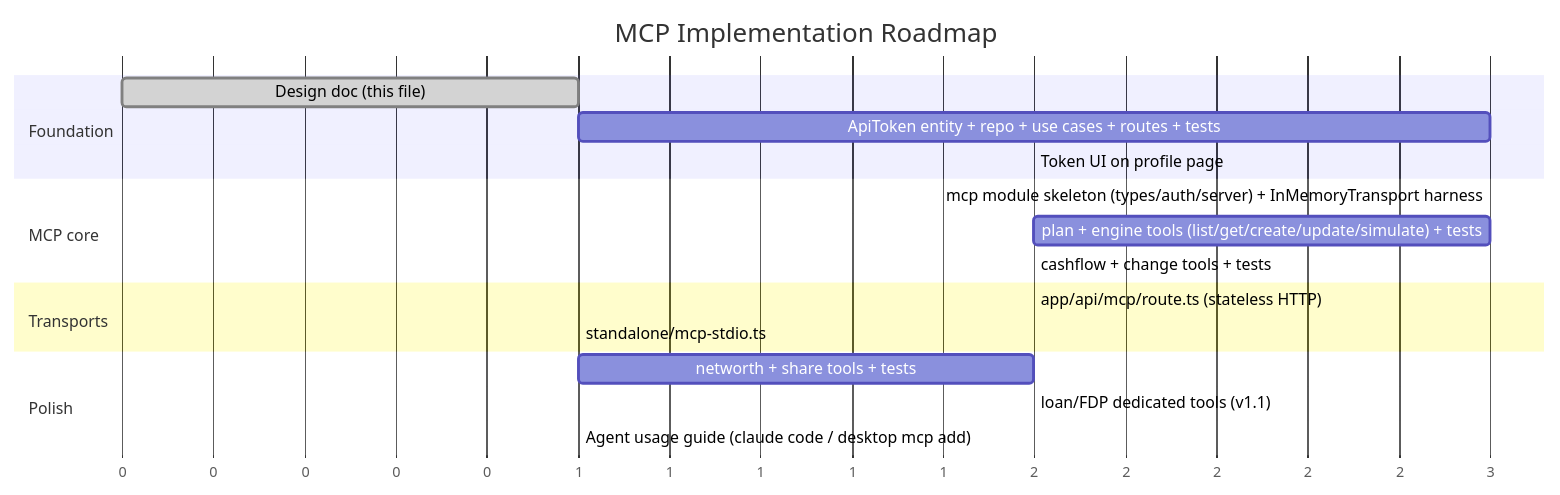
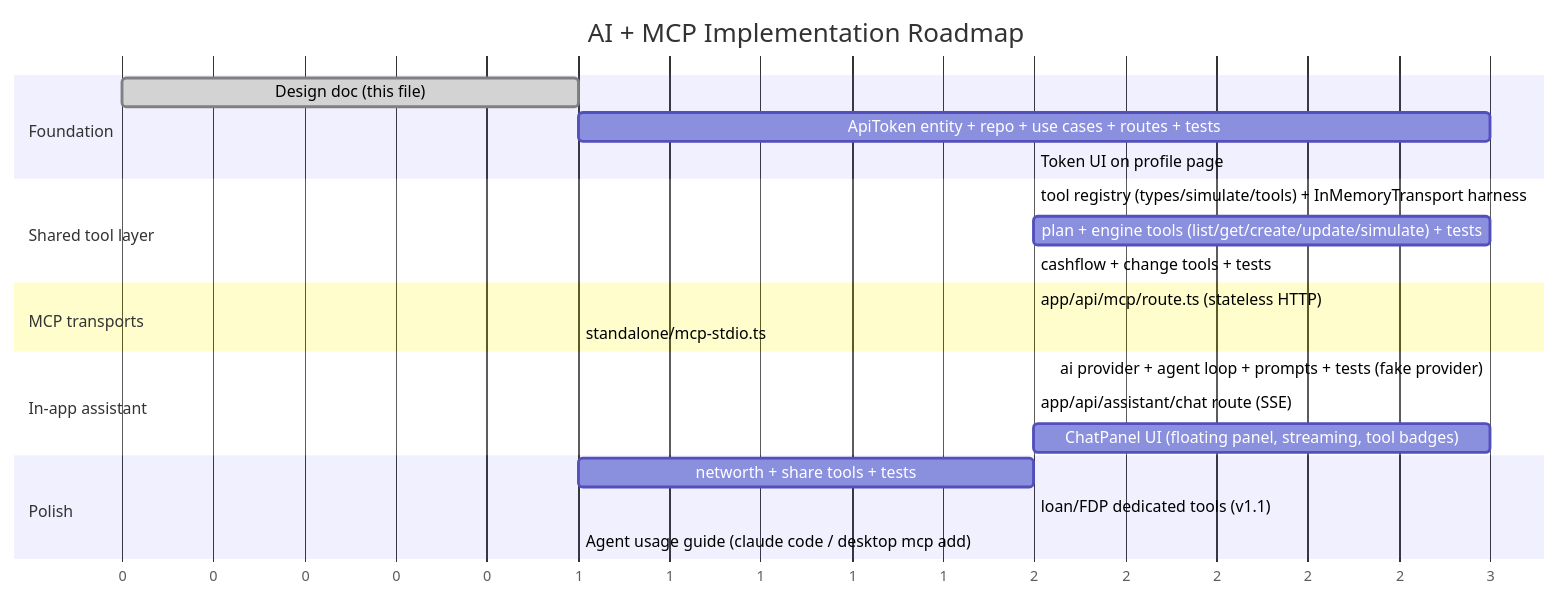
The tenth of 10 diagrams in docs/mcp-implementation-plan.md (ompurwar/fi-simulator), drawn with Mermaid before and after one commit. The commit also changed other lines of this file, not shown here.

Commit message:
docs: add in-app AI assistant surface to the plan — one tool registry, three surfaces (chat UI, MCP HTTP, MCP stdio)

````diff
--- a/docs/mcp-implementation-plan.md
+++ b/docs/mcp-implementation-plan.md
@@ -499,25 +611,30 @@
 ```mermaid
 gantt
-  title MCP Implementation Roadmap
+  title AI + MCP Implementation Roadmap
   dateFormat X
   axisFormat %s
 
   section Foundation
   Design doc (this file)          :done, p0, 0, 1
   ApiToken entity + repo + use cases + routes + tests :p1, after p0, 3
   Token UI on profile page        :p2, after p1, 2
 
-  section MCP core
-  mcp module skeleton (types/auth/server) + InMemoryTransport harness :p3, after p1, 2
-  plan + engine tools (list/get/create/update/simulate) + tests        :p4, after p3, 3
+  section Shared tool layer
+  tool registry (types/simulate/tools) + InMemoryTransport harness :p3, after p1, 2
+  plan + engine tools (list/get/create/update/simulate) + tests    :p4, after p3, 3
   cashflow + change tools + tests :p5, after p4, 2
 
-  section Transports
+  section MCP transports
   app/api/mcp/route.ts (stateless HTTP) :p6, after p5, 2
   standalone/mcp-stdio.ts               :p7, after p6, 1
 
+  section In-app assistant
+  ai provider + agent loop + prompts + tests (fake provider) :p8, after p4, 3
+  app/api/assistant/chat route (SSE)                         :p9, after p8, 2
+  ChatPanel UI (floating panel, streaming, tool badges)      :p10, after p9, 3
+
   section Polish
-  networth + share tools + tests   :p8, after p7, 2
-  loan/FDP dedicated tools (v1.1)  :p9, after p8, 2
-  Agent usage guide (claude code / desktop mcp add) :p10, after p8, 1
+  networth + share tools + tests   :p11, after p7, 2
+  loan/FDP dedicated tools (v1.1)  :p12, after p11, 2
+  Agent usage guide (claude code / desktop mcp add) :p13, after p11, 1
 ```
````
